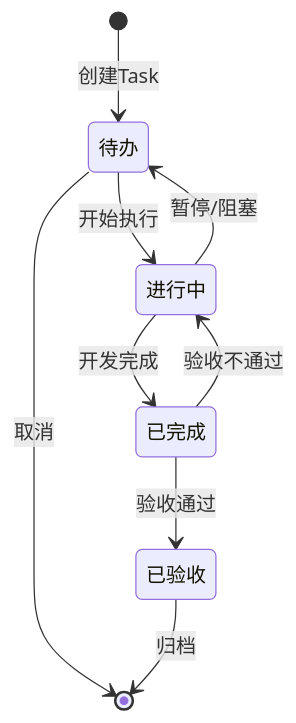
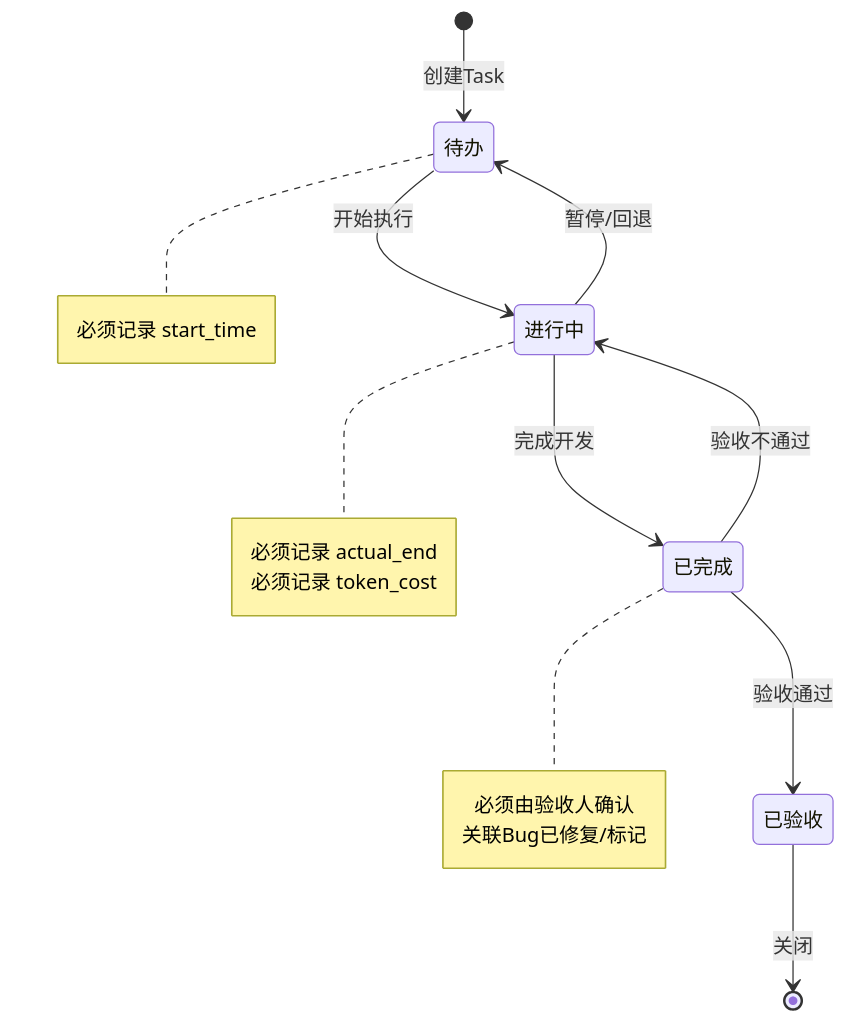
The second of 4 diagrams in notion/relation_rules.md (wangrenzhu-ola/InfinityCompany), drawn with Mermaid before and after one commit. The commit also changed other lines of this file and 13 other files, not shown here.

````diff
--- a/notion/relation_rules.md
+++ b/notion/relation_rules.md
@@ -85,11 +98,24 @@
 ```mermaid
 stateDiagram-v2
     [*] --> 待办: 创建Task
     待办 --> 进行中: 开始执行
-    进行中 --> 已完成: 开发完成
+    进行中 --> 已完成: 完成开发
+    进行中 --> 待办: 暂停/回退
     已完成 --> 已验收: 验收通过
     已完成 --> 进行中: 验收不通过
-    进行中 --> 待办: 暂停/阻塞
-    待办 --> [*]: 取消
-    已验收 --> [*]: 归档
+    已验收 --> [*]: 关闭
+
+    note right of 待办
+        必须记录 start_time
+    end note
+
+    note right of 进行中
+        必须记录 actual_end
+        必须记录 token_cost
+    end note
+
+    note right of 已完成
+        必须由验收人确认
+        关联Bug已修复/标记
+    end note
 ```
````
